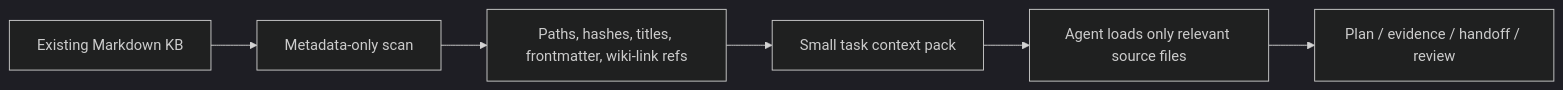
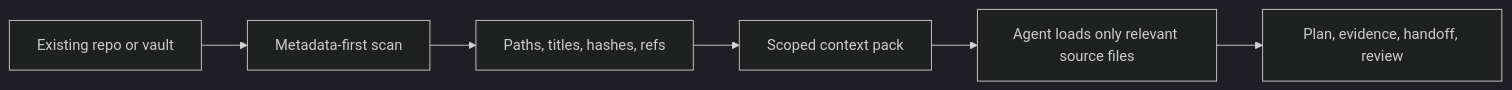
The diagram in README.md (elmokirk/owledge), drawn with Mermaid (dark theme) before and after one commit. The commit also changed other lines of this file and 40 other files, not shown here.

````diff
--- a/README.md
+++ b/README.md
@@ -124,8 +112,8 @@
 ```mermaid
 flowchart LR
-    A["Existing Markdown KB"] --> B["Metadata-only scan"]
-    B --> C["Paths, hashes, titles, frontmatter, wiki-link refs"]
-    C --> D["Small task context pack"]
+    A["Existing repo or vault"] --> B["Metadata-first scan"]
+    B --> C["Paths, titles, hashes, refs"]
+    C --> D["Scoped context pack"]
     D --> E["Agent loads only relevant source files"]
-    E --> F["Plan / evidence / handoff / review"]
+    E --> F["Plan, evidence, handoff, review"]
 ```
````
